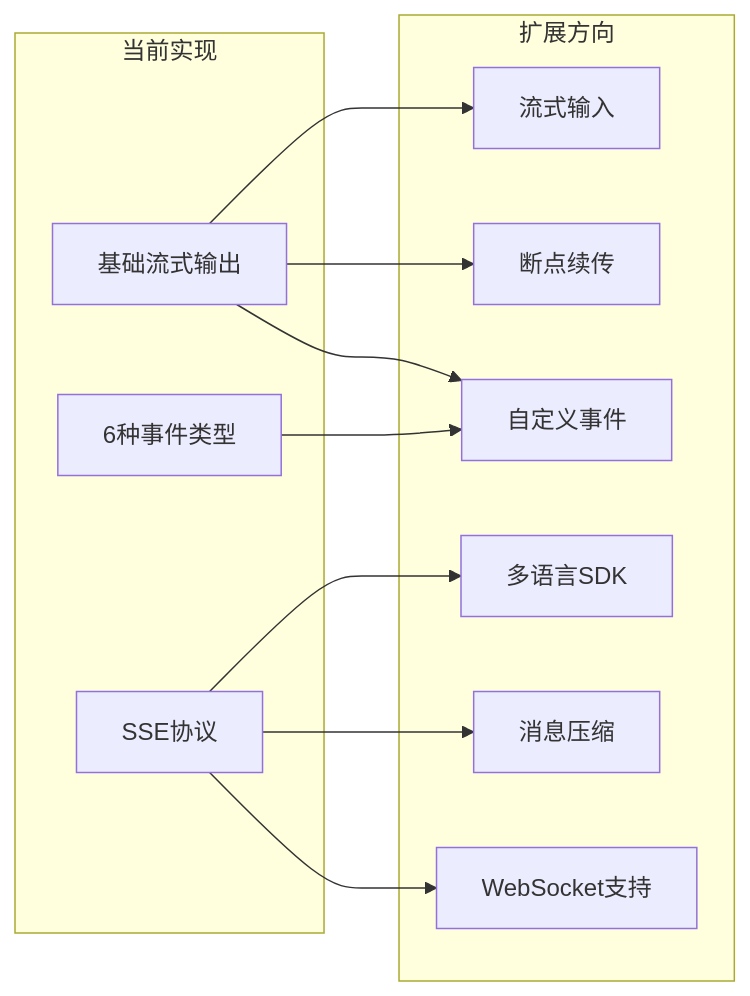
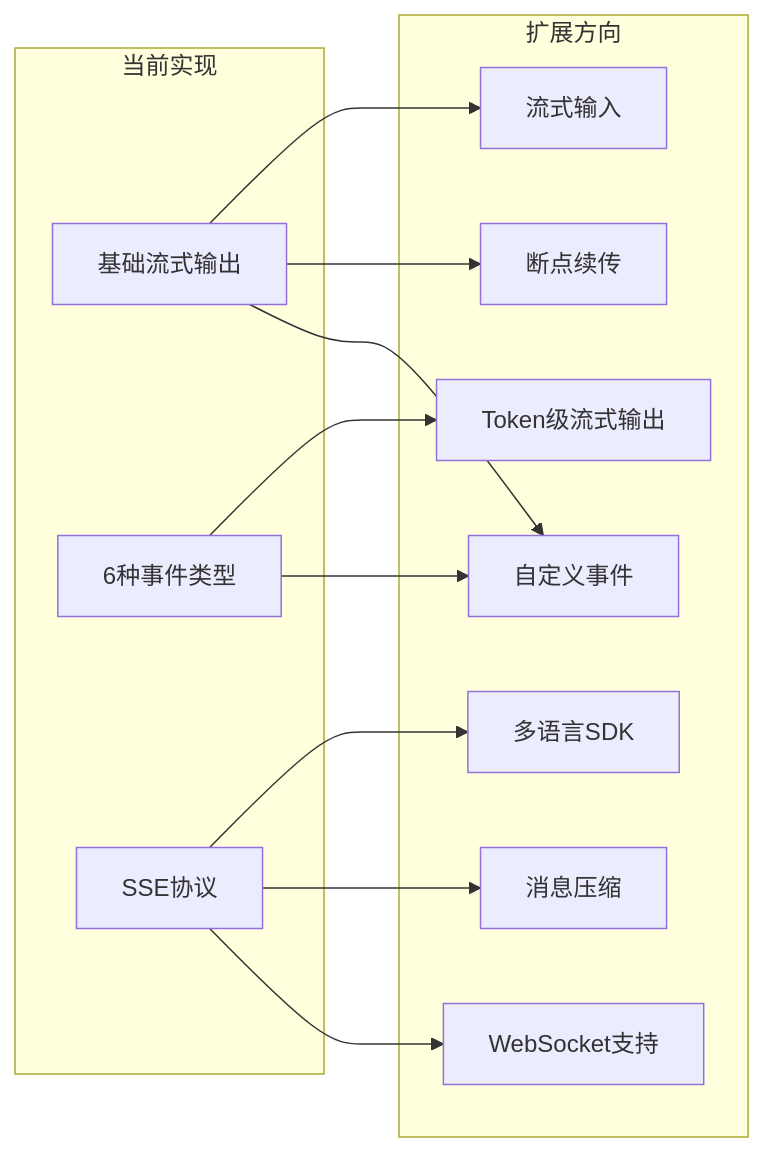
Before and after one commit to kongyuan-job/agent_demo: diagram 11 of 12 in docs/streaming_architecture.md, drawn with Mermaid. The commit also changed other lines of this file and 6 other files, not shown here.

````diff
--- a/docs/streaming_architecture.md
+++ b/docs/streaming_architecture.md
@@ -359,25 +424,27 @@
 ```mermaid
 graph LR
     subgraph 当前实现
         A[基础流式输出]
         B[6种事件类型]
         C[SSE协议]
     end
     
     subgraph 扩展方向
         D[自定义事件]
         E[WebSocket支持]
         F[消息压缩]
         G[断点续传]
         H[多语言SDK]
         I[流式输入]
+        J[Token级流式输出]
     end
     
     A --> D
     B --> D
     C --> E
     C --> F
     A --> G
     C --> H
     A --> I
+    B --> J
 ```
````
